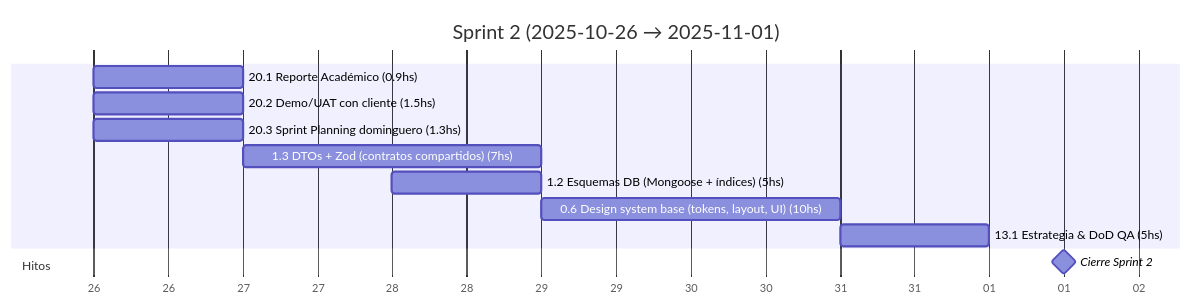
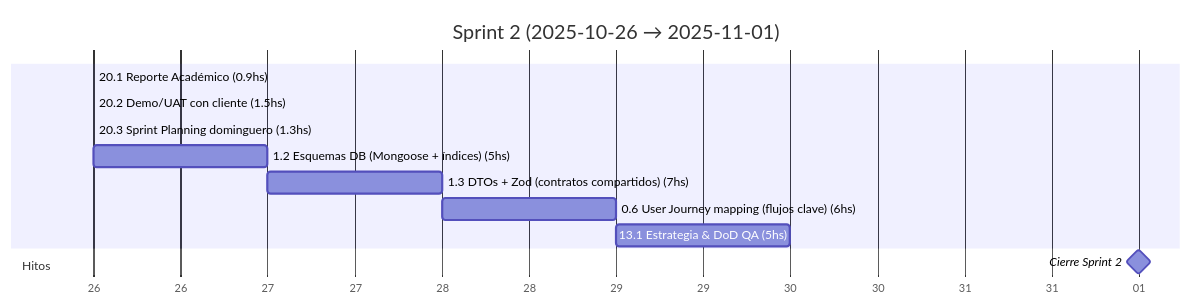
One commit to MarkMed/FleetMan changed the third of 18 diagrams in docs/SprintsGantts.md. Above: the diagram before and after it, drawn with Mermaid.

Commit message:
Update task durations and dependencies for Sprint #2

````diff
--- a/docs/SprintsGantts.md
+++ b/docs/SprintsGantts.md
@@ -78,19 +78,19 @@
 ```mermaid
 gantt
   title Sprint 2 (2025-10-26 → 2025-11-01)
   dateFormat  YYYY-MM-DD
   axisFormat  %d
 
   %% Asumimos 5 h/día. Horas estimadas incluidas en el nombre.
 
-  20.1 Reporte Académico (0.9hs)               :t201, 2025-10-26, 1d
-  20.2 Demo/UAT con cliente (1.5hs)            :t202, 2025-10-26, 1d
-  20.3 Sprint Planning dominguero (1.3hs)      :t203, 2025-10-26, 1d
-  1.3 DTOs + Zod (contratos compartidos) (7hs) :t13, 2025-10-27, 2d
-  1.2 Esquemas DB (Mongoose + índices) (5hs)   :t12, 2025-10-28, 1d
-  0.6 Design system base (tokens, layout, UI) (10hs) :t06, after t13, 2d
+  20.1 Reporte Académico (0.9hs)               :t201, 2025-10-26, 0.2d
+  20.2 Demo/UAT con cliente (1.5hs)            :t202, after t201, 0.3d
+  20.3 Sprint Planning dominguero (1.3hs)      :t203, after t202, 0.3d
+  1.2 Esquemas DB (Mongoose + índices) (5hs)   :t12, after t203, 1d
+  1.3 DTOs + Zod (contratos compartidos) (7hs) :t13, after t12, 1.4d
+  0.6 User Journey mapping (flujos clave) (6hs) :t06, after t13, 1.2d
   13.1 Estrategia & DoD QA (5hs)               :t131, after t06, 1d
 
   section Hitos
-  Cierre Sprint 2                              :milestone, s2, 2025-11-01, 1d
+  Cierre Sprint 2                              :milestone, s2, 2025-11-01, 0d
 ```
````
